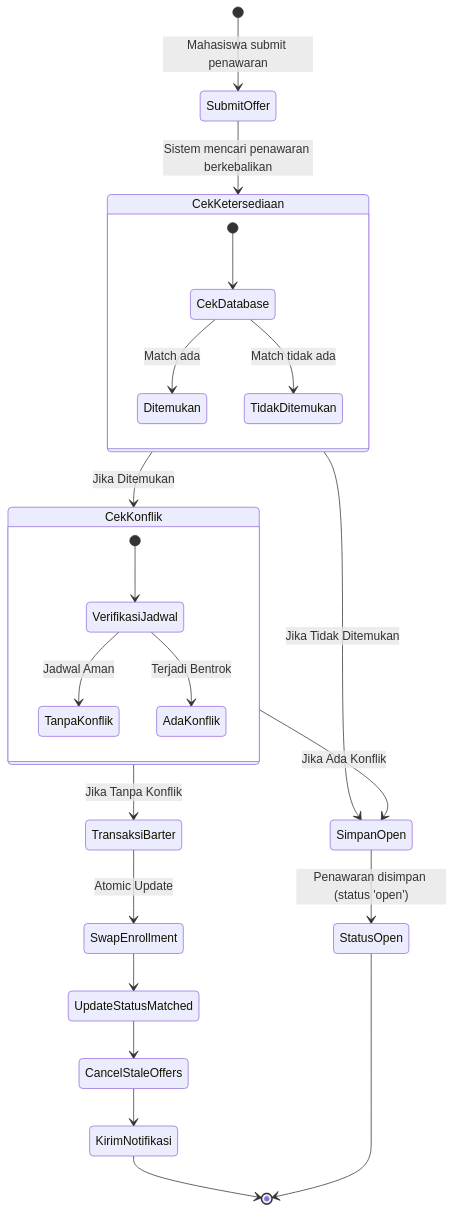
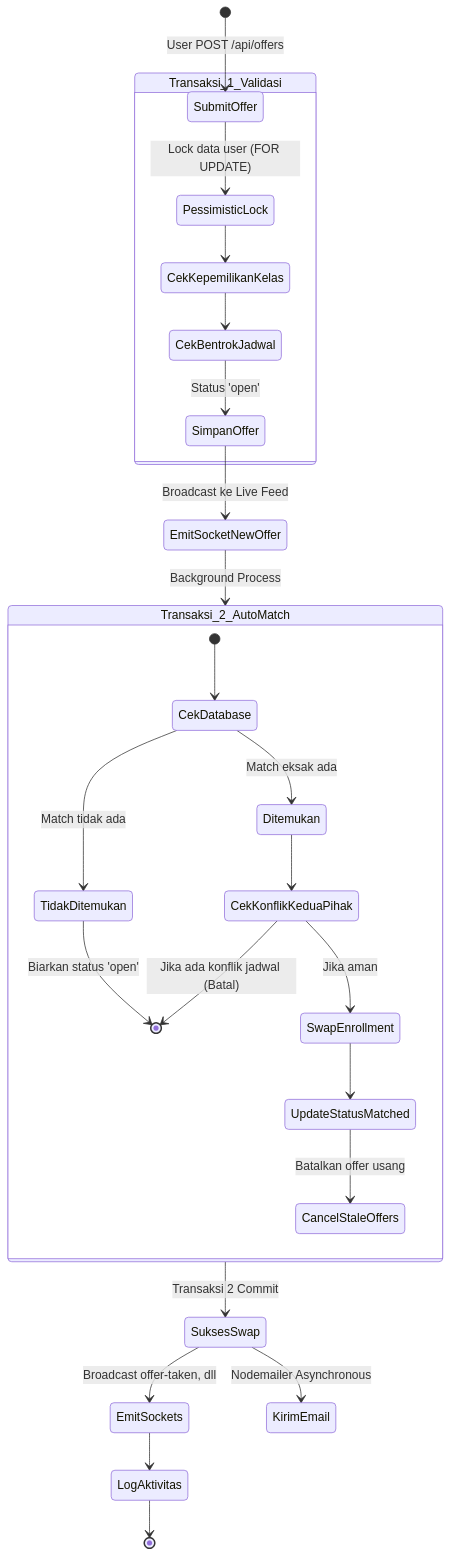
The third of 4 diagrams in laporan_akhir_bab_3_barter.md (gimigkk/KRSwitch-backend), drawn with Mermaid before and after one commit. The commit also changed other lines of this file, not shown here.

````diff
--- a/laporan_akhir_bab_3_barter.md
+++ b/laporan_akhir_bab_3_barter.md
@@ -109,32 +126,34 @@
 ```mermaid
 stateDiagram-v2
-    [*] --> SubmitOffer: Mahasiswa submit penawaran
-    SubmitOffer --> CekKetersediaan: Sistem mencari penawaran berkebalikan
+    [*] --> SubmitOffer: User POST /api/offers
     
-    state CekKetersediaan {
-        [*] --> CekDatabase
-        CekDatabase --> Ditemukan: Match ada
-        CekDatabase --> TidakDitemukan: Match tidak ada
+    state Transaksi_1_Validasi {
+        SubmitOffer --> PessimisticLock: Lock data user (FOR UPDATE)
+        PessimisticLock --> CekKepemilikanKelas
+        CekKepemilikanKelas --> CekBentrokJadwal
+        CekBentrokJadwal --> SimpanOffer: Status 'open'
     }
     
-    CekKetersediaan --> CekKonflik: Jika Ditemukan
-    CekKetersediaan --> SimpanOpen: Jika Tidak Ditemukan
+    SimpanOffer --> EmitSocketNewOffer: Broadcast ke Live Feed
+    EmitSocketNewOffer --> Transaksi_2_AutoMatch: Background Process
     
-    state CekKonflik {
-        [*] --> VerifikasiJadwal
-        VerifikasiJadwal --> TanpaKonflik: Jadwal Aman
-        VerifikasiJadwal --> AdaKonflik: Terjadi Bentrok
+    state Transaksi_2_AutoMatch {
+        [*] --> CekDatabase
+        CekDatabase --> Ditemukan: Match eksak ada
+        CekDatabase --> TidakDitemukan: Match tidak ada
+        
+        TidakDitemukan --> [*]: Biarkan status 'open'
+        
+        Ditemukan --> CekKonflikKeduaPihak
+        CekKonflikKeduaPihak --> [*]: Jika ada konflik jadwal (Batal)
+        CekKonflikKeduaPihak --> SwapEnrollment: Jika aman
+        SwapEnrollment --> UpdateStatusMatched
+        UpdateStatusMatched --> CancelStaleOffers: Batalkan offer usang
     }
     
-    CekKonflik --> SimpanOpen: Jika Ada Konflik
-    CekKonflik --> TransaksiBarter: Jika Tanpa Konflik
-    
-    TransaksiBarter --> SwapEnrollment: Atomic Update
-    SwapEnrollment --> UpdateStatusMatched
-    UpdateStatusMatched --> CancelStaleOffers
-    CancelStaleOffers --> KirimNotifikasi
-    KirimNotifikasi --> [*]
-    
-    SimpanOpen --> StatusOpen: Penawaran disimpan (status 'open')
-    StatusOpen --> [*]
+    Transaksi_2_AutoMatch --> SuksesSwap: Transaksi 2 Commit
+    SuksesSwap --> EmitSockets: Broadcast offer-taken, dll
+    SuksesSwap --> KirimEmail: Nodemailer Asynchronous
+    EmitSockets --> LogAktivitas
+    LogAktivitas --> [*]
 ```
````
